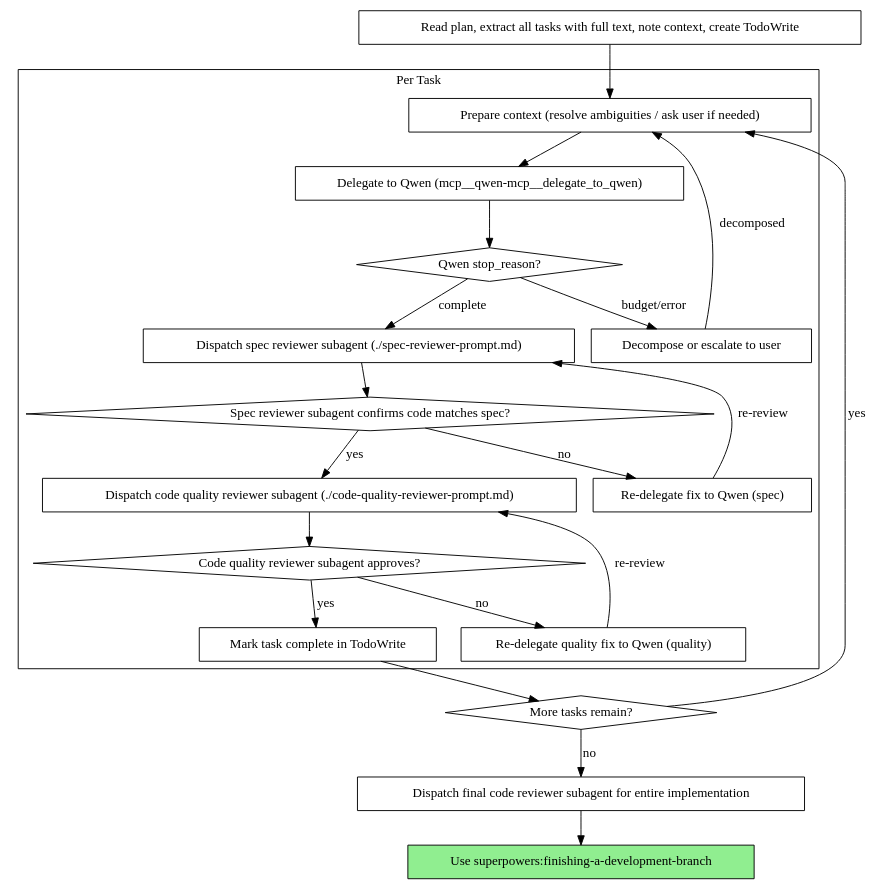
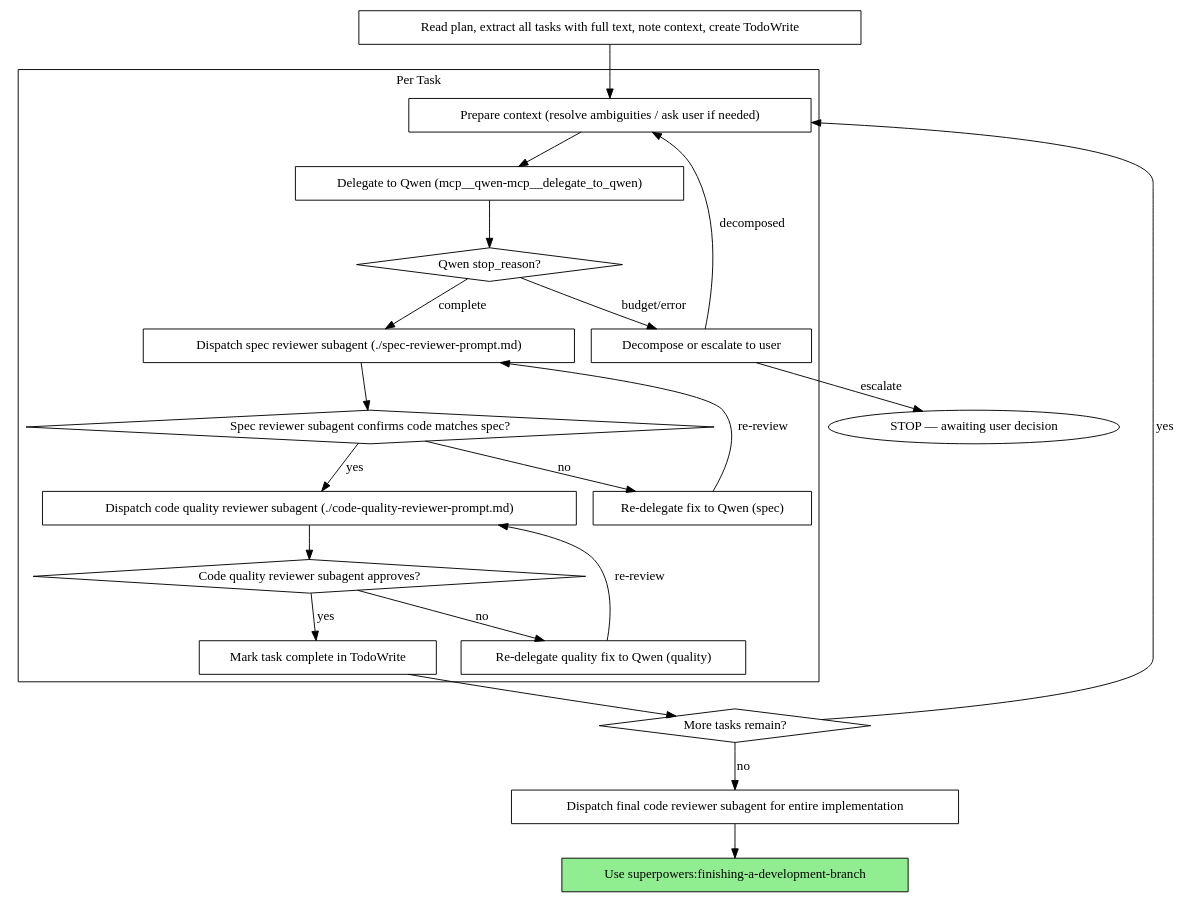
The second of 2 diagrams in skills/subagent-driven-development/SKILL.md (obra/superpowers), drawn with Graphviz before and after one commit. The commit also changed other lines of this file, not shown here.

````diff
--- a/skills/subagent-driven-development/SKILL.md
+++ b/skills/subagent-driven-development/SKILL.md
@@ -44,44 +44,45 @@
 ```dot
 digraph process {
     rankdir=TB;
 
     subgraph cluster_per_task {
         label="Per Task";
         "Prepare context (resolve ambiguities / ask user if needed)" [shape=box];
         "Delegate to Qwen (mcp__qwen-mcp__delegate_to_qwen)" [shape=box];
         "Qwen stop_reason?" [shape=diamond];
         "Decompose or escalate to user" [shape=box];
         "Dispatch spec reviewer subagent (./spec-reviewer-prompt.md)" [shape=box];
         "Spec reviewer subagent confirms code matches spec?" [shape=diamond];
         "Re-delegate fix to Qwen (spec)" [shape=box];
         "Dispatch code quality reviewer subagent (./code-quality-reviewer-prompt.md)" [shape=box];
         "Code quality reviewer subagent approves?" [shape=diamond];
         "Re-delegate quality fix to Qwen (quality)" [shape=box];
         "Mark task complete in TodoWrite" [shape=box];
     }
 
     "Read plan, extract all tasks with full text, note context, create TodoWrite" [shape=box];
     "More tasks remain?" [shape=diamond];
     "Dispatch final code reviewer subagent for entire implementation" [shape=box];
     "Use superpowers:finishing-a-development-branch" [shape=box style=filled fillcolor=lightgreen];
 
     "Read plan, extract all tasks with full text, note context, create TodoWrite" -> "Prepare context (resolve ambiguities / ask user if needed)";
     "Prepare context (resolve ambiguities / ask user if needed)" -> "Delegate to Qwen (mcp__qwen-mcp__delegate_to_qwen)";
     "Delegate to Qwen (mcp__qwen-mcp__delegate_to_qwen)" -> "Qwen stop_reason?";
     "Qwen stop_reason?" -> "Decompose or escalate to user" [label="budget/error"];
     "Decompose or escalate to user" -> "Prepare context (resolve ambiguities / ask user if needed)" [label="decomposed"];
+    "Decompose or escalate to user" -> "STOP — awaiting user decision" [label="escalate"];
     "Qwen stop_reason?" -> "Dispatch spec reviewer subagent (./spec-reviewer-prompt.md)" [label="complete"];
     "Dispatch spec reviewer subagent (./spec-reviewer-prompt.md)" -> "Spec reviewer subagent confirms code matches spec?";
     "Spec reviewer subagent confirms code matches spec?" -> "Re-delegate fix to Qwen (spec)" [label="no"];
     "Re-delegate fix to Qwen (spec)" -> "Dispatch spec reviewer subagent (./spec-reviewer-prompt.md)" [label="re-review"];
     "Spec reviewer subagent confirms code matches spec?" -> "Dispatch code quality reviewer subagent (./code-quality-reviewer-prompt.md)" [label="yes"];
     "Dispatch code quality reviewer subagent (./code-quality-reviewer-prompt.md)" -> "Code quality reviewer subagent approves?";
     "Code quality reviewer subagent approves?" -> "Re-delegate quality fix to Qwen (quality)" [label="no"];
     "Re-delegate quality fix to Qwen (quality)" -> "Dispatch code quality reviewer subagent (./code-quality-reviewer-prompt.md)" [label="re-review"];
     "Code quality reviewer subagent approves?" -> "Mark task complete in TodoWrite" [label="yes"];
     "Mark task complete in TodoWrite" -> "More tasks remain?";
     "More tasks remain?" -> "Prepare context (resolve ambiguities / ask user if needed)" [label="yes"];
     "More tasks remain?" -> "Dispatch final code reviewer subagent for entire implementation" [label="no"];
     "Dispatch final code reviewer subagent for entire implementation" -> "Use superpowers:finishing-a-development-branch";
 }
 ```
````
